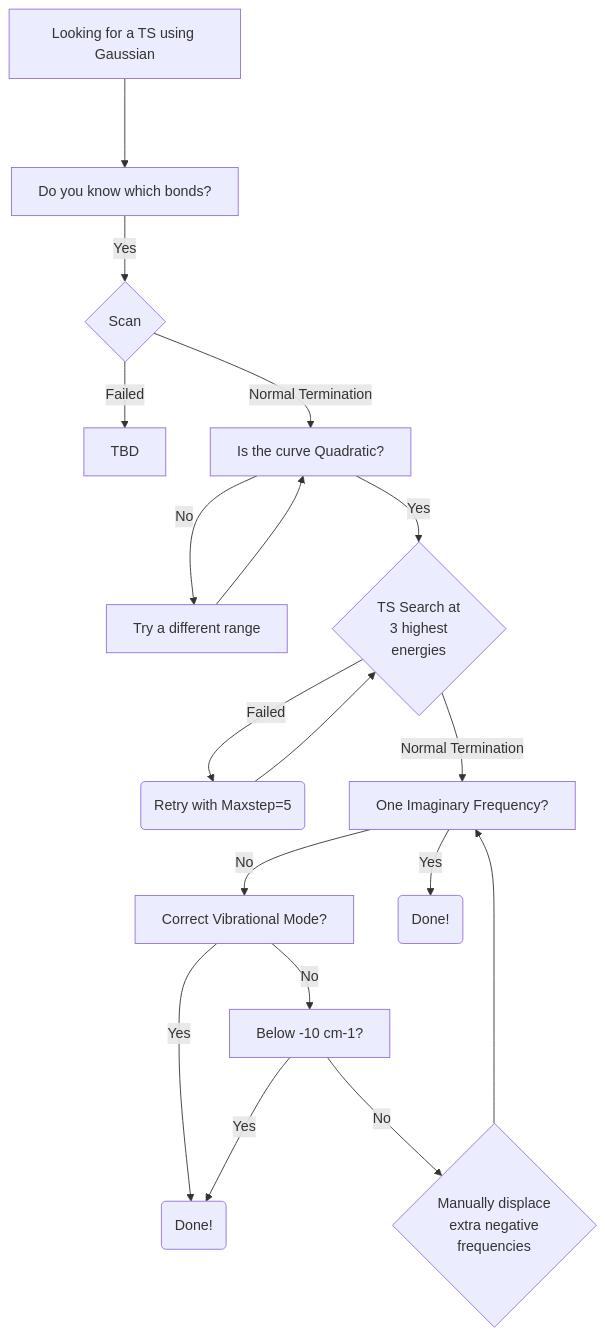
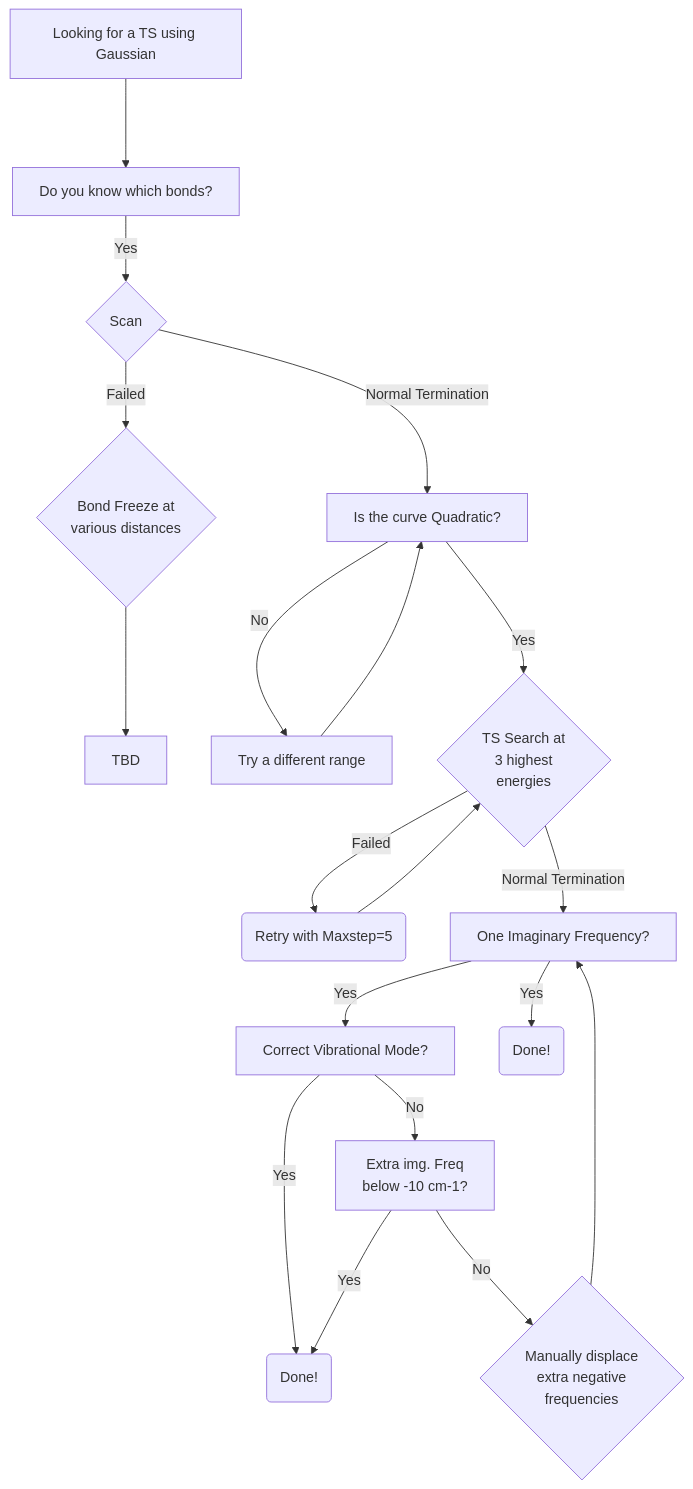
The diagram in tutorials/TS/README.md (Trujillo-Group/trujillo_group_resources), drawn with Mermaid before and after one commit.

Commit message:
Updated TS workflow

````diff
--- a/tutorials/TS/README.md
+++ b/tutorials/TS/README.md
@@ -22,25 +22,28 @@
 ```mermaid
 flowchart TD
     A[Looking for a TS using Gaussian] ---> B[Do you know which bonds?]
     B -- Yes --> C{Scan}
-    C -- Failed --> D[TBD]
+    C -- Failed --> D{Bond Freeze at
+                     various distances}
+    D --> O[TBD]
     C -- Normal Termination --> E[Is the curve Quadratic?]
     E -- No --> F[Try a different range]
     F --> E
     E -- Yes --> G{TS Search at 
         3 highest
         energies}
     G -- Failed --> H(Retry with Maxstep=5)
     H --> G
     G -- Normal Termination --> I[One Imaginary Frequency?]
-    I -- No --> J[Correct Vibrational Mode?]
+    I -- Yes --> J[Correct Vibrational Mode?]
     J -- Yes --> K(Done!)
-    J -- No --> L[Below -10 cm-1?]
+    J -- No --> L[Extra img. Freq 
+                below -10 cm-1?]
     L -- Yes --> K
     L -- No --> M{Manually displace
         extra negative
         frequencies}
     M --> I
     I -- Yes --> N(Done!)
 
 ```
````
